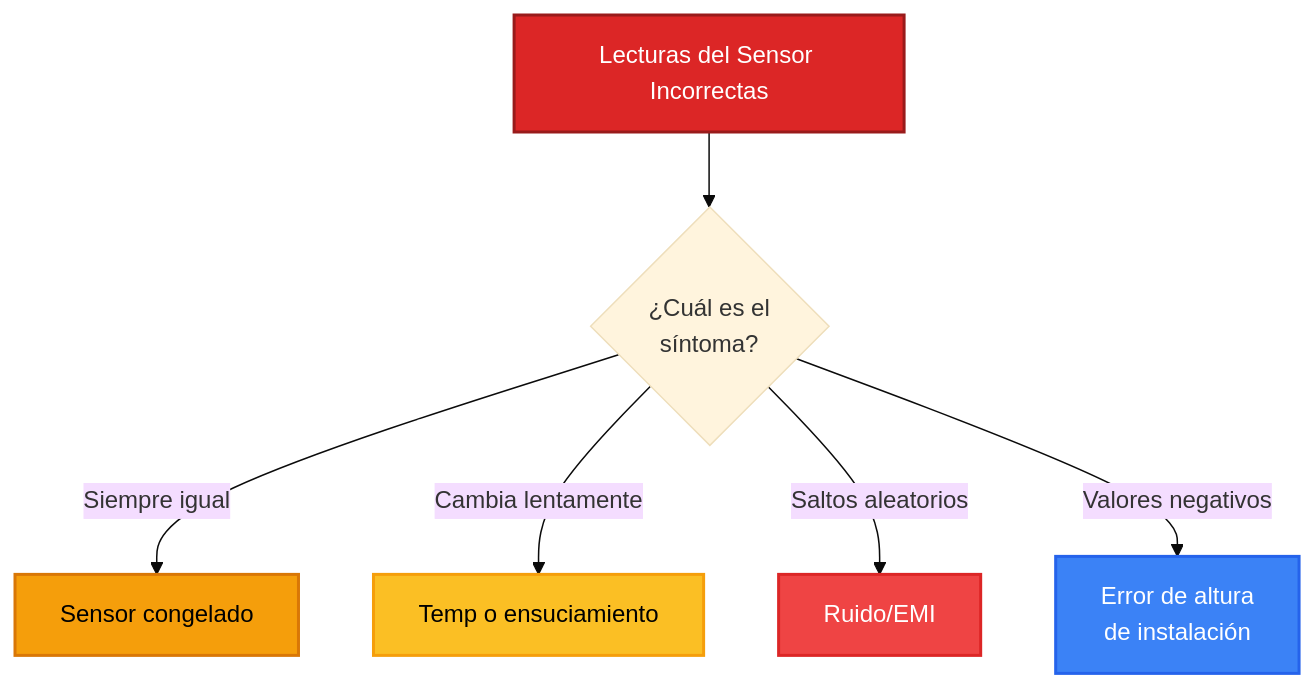
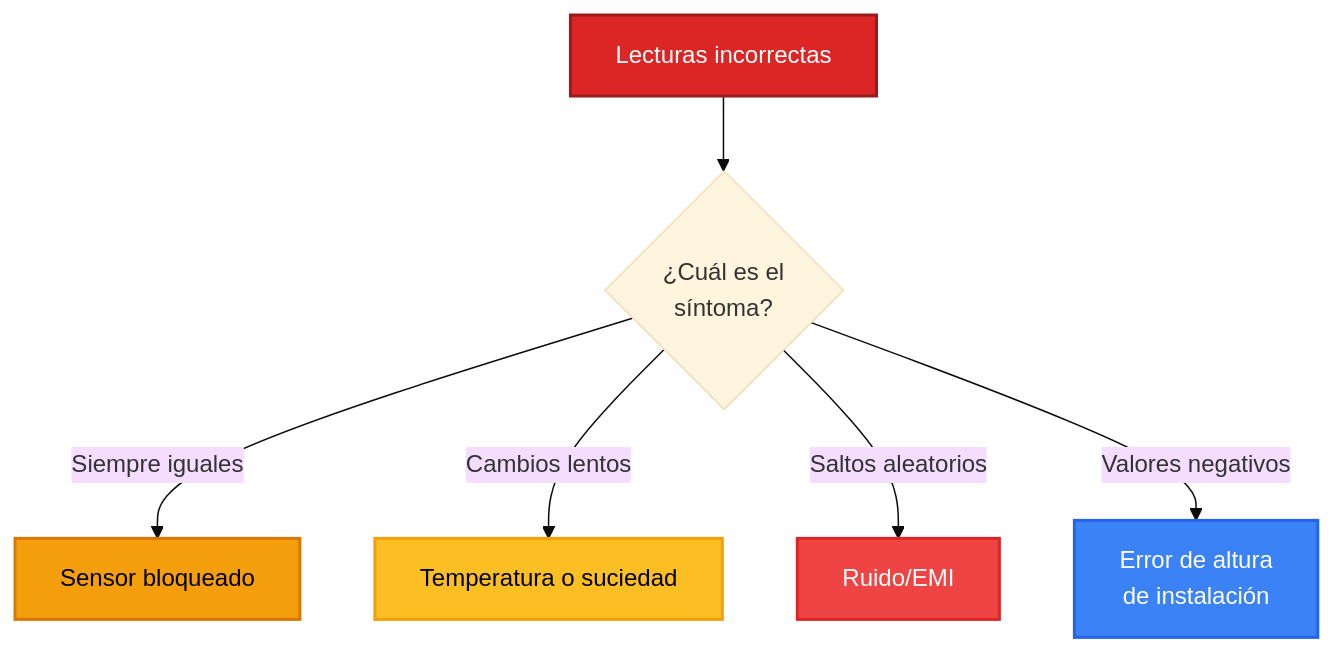
The second of 5 diagrams in docs/es/operation/troubleshooting/diagnostic-flowcharts.md (ICHydro/Riverlabs), drawn with Mermaid (base theme) before and after one commit. The commit also changed other lines of this file and 33 other files, not shown here.

````diff
--- a/docs/es/operation/troubleshooting/diagnostic-flowcharts.md
+++ b/docs/es/operation/troubleshooting/diagnostic-flowcharts.md
@@ -115,14 +115,14 @@
 ```mermaid
 flowchart TD
-    A[Lecturas del Sensor Incorrectas] --> B{¿Cuál es el<br/>síntoma?}
-    B -->|Siempre igual| C[Sensor congelado]
-    B -->|Cambia lentamente| D[Temp o ensuciamiento]
+    A[Lecturas incorrectas] --> B{¿Cuál es el<br/>síntoma?}
+    B -->|Siempre iguales| C[Sensor bloqueado]
+    B -->|Cambios lentos| D[Temperatura o suciedad]
     B -->|Saltos aleatorios| E[Ruido/EMI]
     B -->|Valores negativos| F[Error de altura<br/>de instalación]
     
     style A fill:#dc2626,stroke:#991b1b,stroke-width:2px,color:#fff
     style C fill:#f59e0b,stroke:#d97706,stroke-width:2px,color:#000
     style D fill:#fbbf24,stroke:#f59e0b,stroke-width:2px,color:#000
     style E fill:#ef4444,stroke:#dc2626,stroke-width:2px,color:#fff
     style F fill:#3b82f6,stroke:#2563eb,stroke-width:2px,color:#fff
 ```
````
